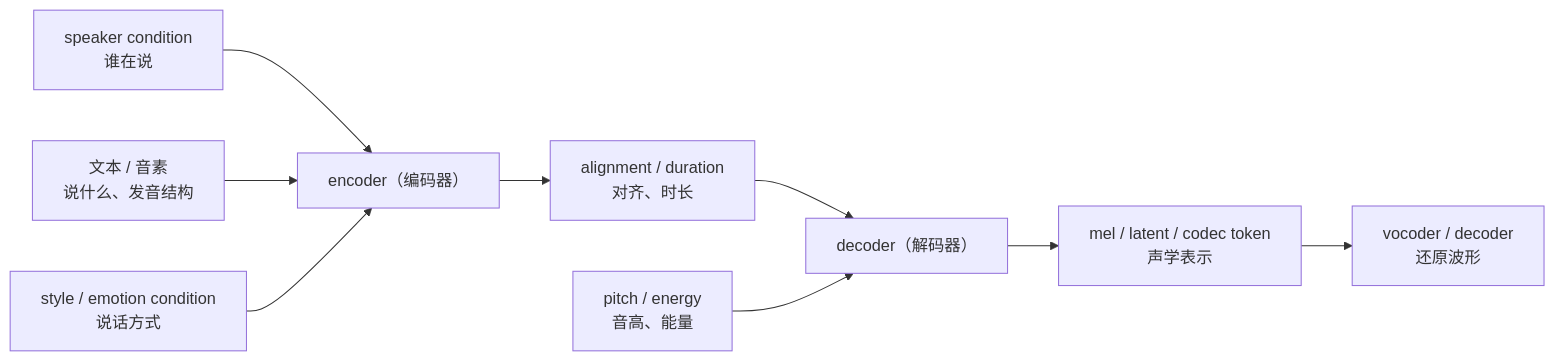
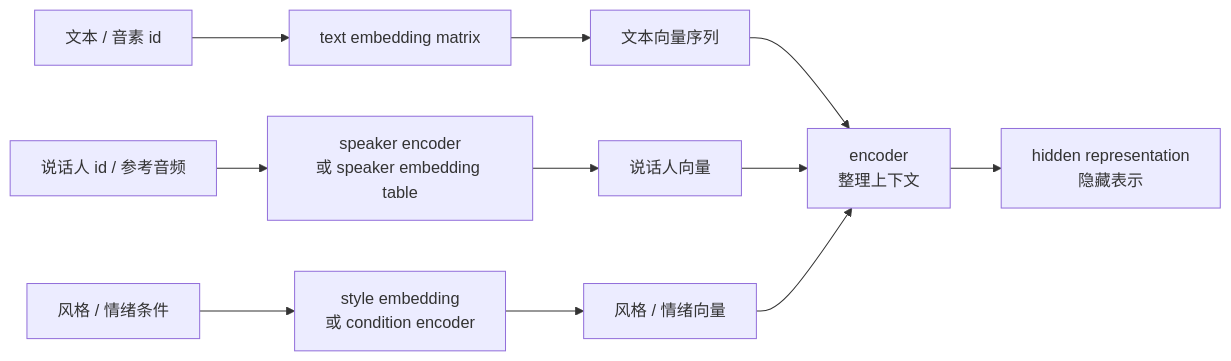
The fifth of 14 diagrams in books/chapter08_声学模型.md (dugenkui03/OmniVoice), drawn with Mermaid before and after one commit. The commit also changed other lines of this file and 14 other files, not shown here.

````diff
--- a/books/chapter08_声学模型.md
+++ b/books/chapter08_声学模型.md
@@ -17,11 +217,13 @@
 ```mermaid
 flowchart LR
-    A["speaker condition<br/>谁在说"] --> B["encoder（编码器）"]
-    C["文本 / 音素<br/>说什么、发音结构"] --> B
-    D["style / emotion condition<br/>说话方式"] --> B
-    B --> E["alignment / duration<br/>对齐、时长"]
-    E --> F["decoder（解码器）"]
-    G["pitch / energy<br/>音高、能量"] --> F
-    F --> H["mel / latent / codec token<br/>声学表示"]
-    H --> I["vocoder / decoder<br/>还原波形"]
+    A["文本 / 音素 id"] --> B["text embedding matrix"]
+    B --> C["文本向量序列"]
+    D["说话人 id / 参考音频"] --> E["speaker encoder<br/>或 speaker embedding table"]
+    E --> F["说话人向量"]
+    G["风格 / 情绪条件"] --> H["style embedding<br/>或 condition encoder"]
+    H --> I["风格 / 情绪向量"]
+    C --> J["encoder<br/>整理上下文"]
+    F --> J
+    I --> J
+    J --> K["hidden representation<br/>隐藏表示"]
 ```
````
